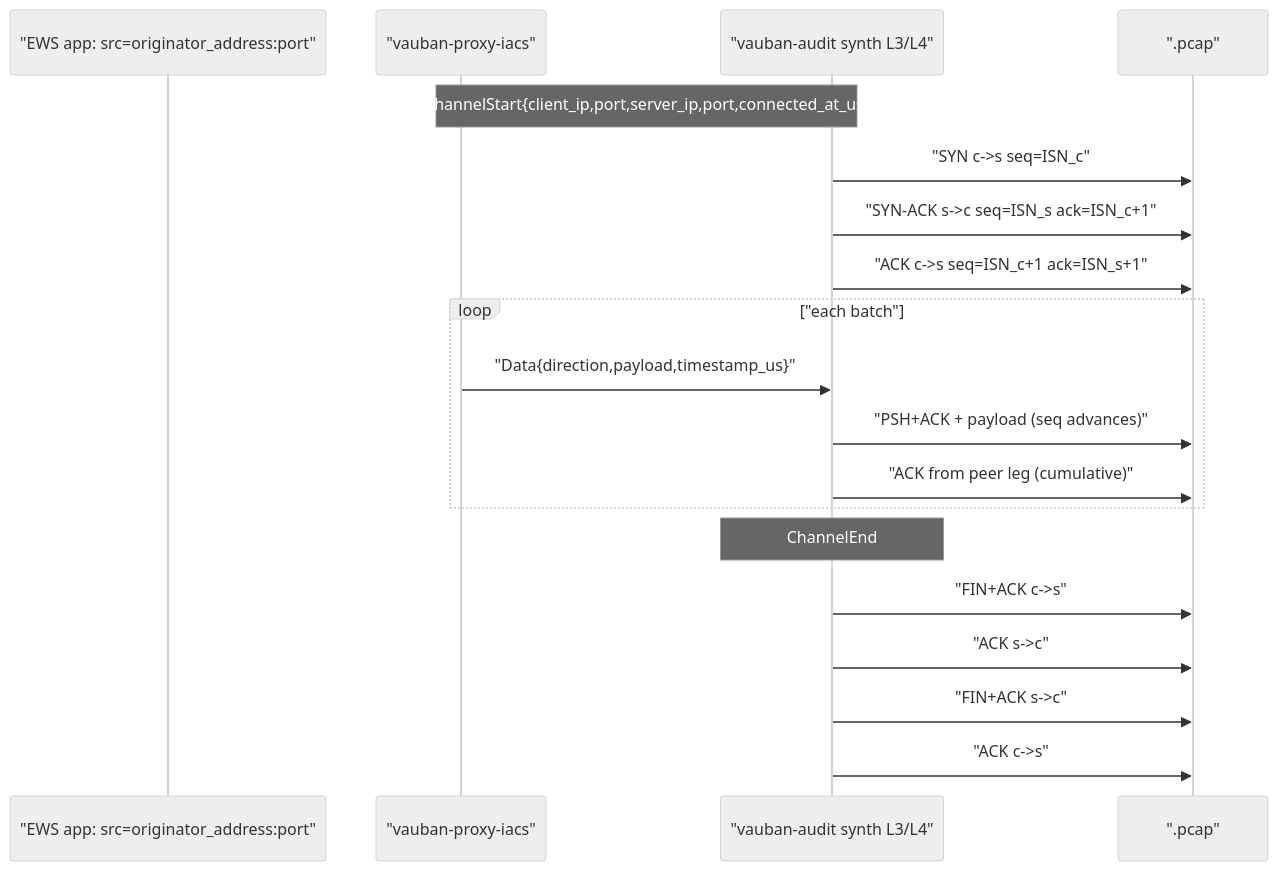
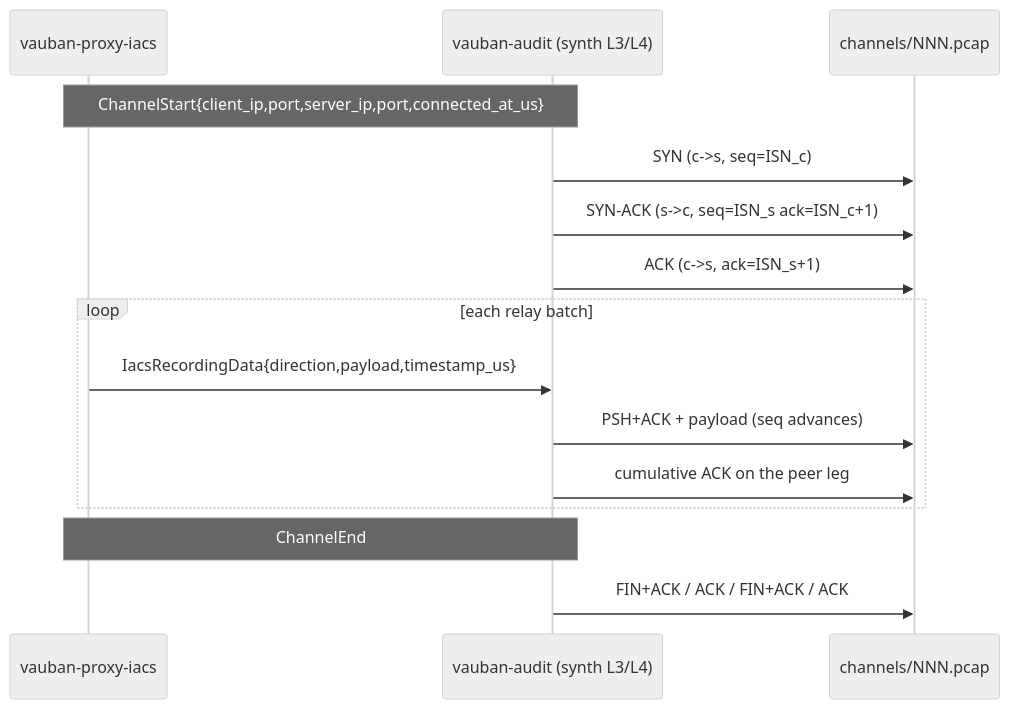
One commit to rbenaley/Vauban changed the sixth of 9 diagrams in docs/technical/Vauban_Recording_Architecture_EN(1.5).md. Above: the diagram before and after it, drawn with Mermaid (neutral theme). The commit also changed other lines of this file, not shown here.

Commit message:
docs(recording): rewrite v1.5 as a tighter architecture-focused reference Move the changelog to an appendix and drop historical / operational noise.

````diff
--- a/docs/technical/Vauban_Recording_Architecture_EN(1.5).md
+++ b/docs/technical/Vauban_Recording_Architecture_EN(1.5).md
@@ -1107,22 +431,17 @@
 ```mermaid
 sequenceDiagram
-    participant EWS as "EWS app: src=originator_address:port"
-    participant P as "vauban-proxy-iacs"
-    participant A as "vauban-audit synth L3/L4"
-    participant FS as ".pcap"
-
+    participant P as vauban-proxy-iacs
+    participant A as vauban-audit (synth L3/L4)
+    participant FS as channels/NNN.pcap
     Note over P,A: ChannelStart{client_ip,port,server_ip,port,connected_at_us}
-    A->>FS: "SYN  c->s seq=ISN_c"
-    A->>FS: "SYN-ACK  s->c seq=ISN_s ack=ISN_c+1"
-    A->>FS: "ACK  c->s seq=ISN_c+1 ack=ISN_s+1"
-    loop "each batch"
-        P->>A: "Data{direction,payload,timestamp_us}"
-        A->>FS: "PSH+ACK + payload (seq advances)"
-        A->>FS: "ACK from peer leg (cumulative)"
+    A->>FS: SYN (c->s, seq=ISN_c)
+    A->>FS: SYN-ACK (s->c, seq=ISN_s ack=ISN_c+1)
+    A->>FS: ACK (c->s, ack=ISN_s+1)
+    loop each relay batch
+        P->>A: IacsRecordingData{direction,payload,timestamp_us}
+        A->>FS: PSH+ACK + payload (seq advances)
+        A->>FS: cumulative ACK on the peer leg
     end
-    Note over A: ChannelEnd
-    A->>FS: "FIN+ACK c->s"
-    A->>FS: "ACK     s->c"
-    A->>FS: "FIN+ACK s->c"
-    A->>FS: "ACK     c->s"
+    Note over P,A: ChannelEnd
+    A->>FS: FIN+ACK / ACK / FIN+ACK / ACK
 ```
````
